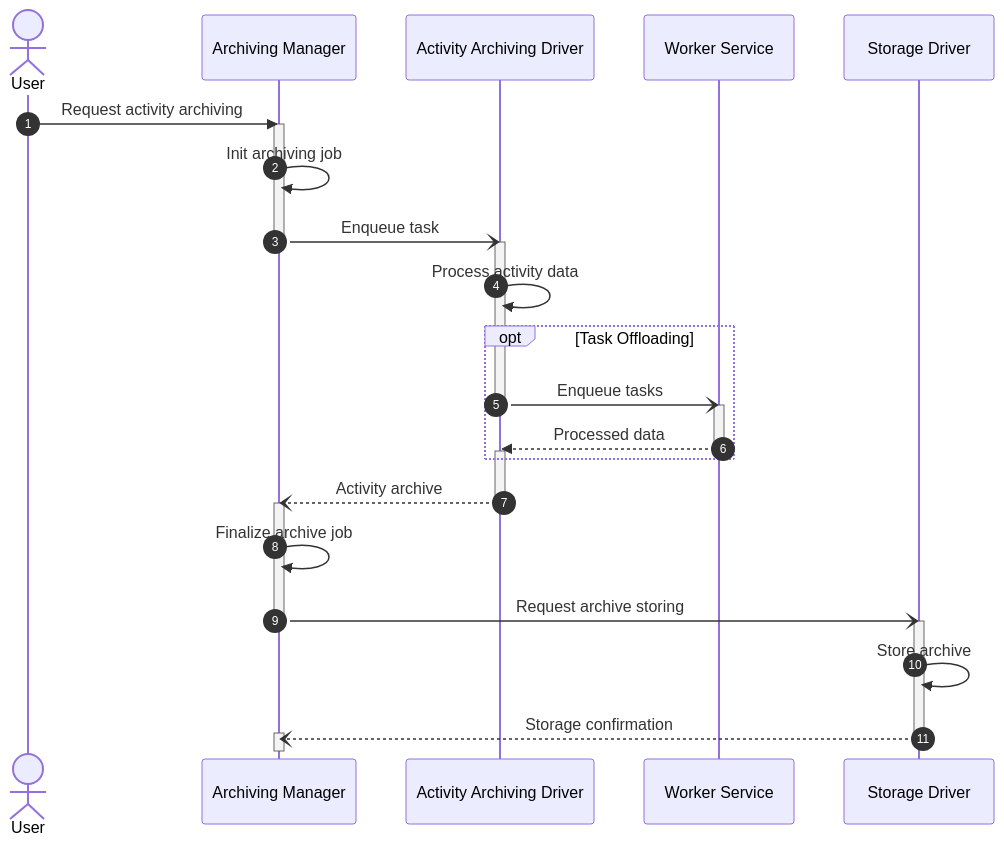
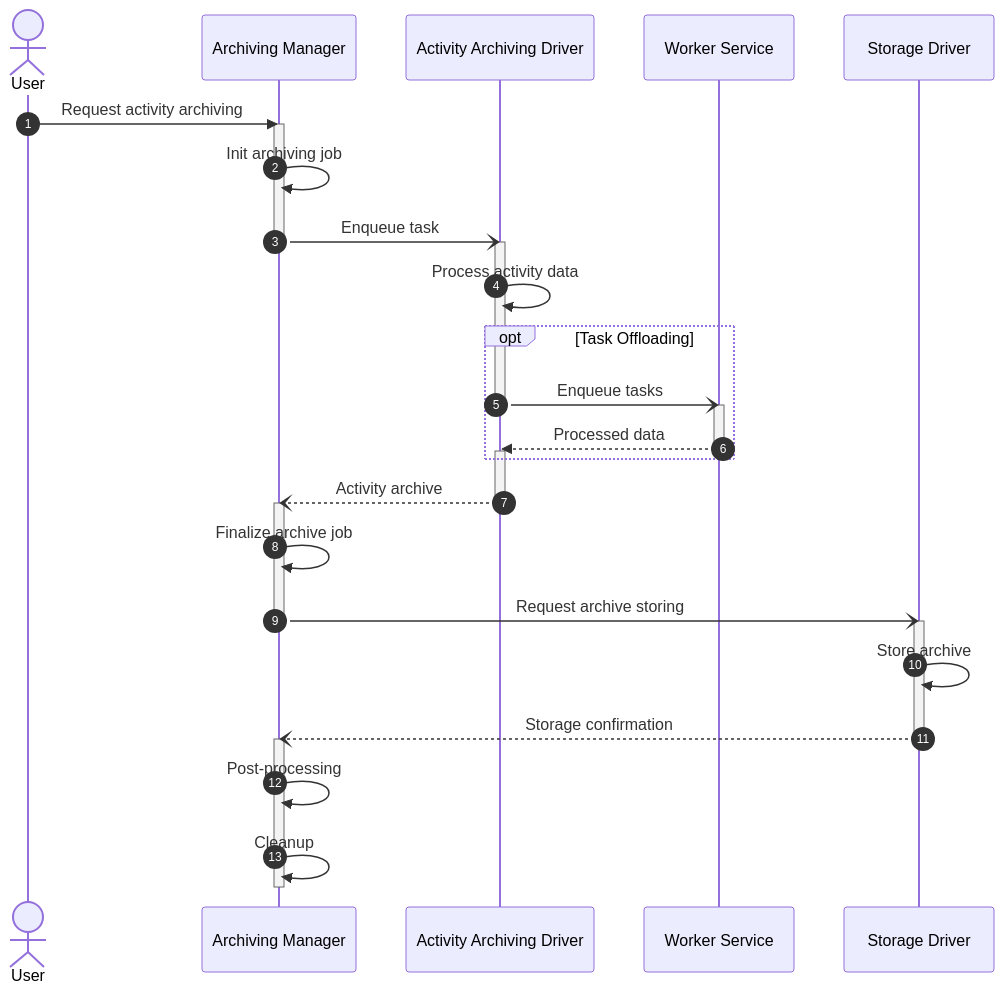
Before and after one commit to ngandrass/moodle-local_archiving: the first of 2 diagrams in docs/dev/components/archiving-manager.md, drawn with Mermaid. The commit also changed other lines of this file and 1 other file, not shown here.

Commit message:
docs: Update archiving manager component page according to latest code changes

````diff
--- a/docs/dev/components/archiving-manager.md
+++ b/docs/dev/components/archiving-manager.md
@@ -68,40 +72,42 @@
 ```mermaid
 sequenceDiagram
     autonumber
     actor User
     
     %% User input
     User ->> Archiving Manager: Request activity archiving
 
     %% Job start
     activate Archiving Manager
     Archiving Manager ->> Archiving Manager: Init archiving job
     Archiving Manager -) Activity Archiving Driver: Enqueue task
     deactivate Archiving Manager
     
     %% Job processing
     activate Activity Archiving Driver
     Activity Archiving Driver ->> Activity Archiving Driver: Process activity data
     opt Task Offloading
         Activity Archiving Driver -) Worker Service: Enqueue tasks
         deactivate Activity Archiving Driver
         activate Worker Service
         Worker Service -->> Activity Archiving Driver: Processed data
         deactivate Worker Service
         activate Activity Archiving Driver
     end
     Activity Archiving Driver --) Archiving Manager: Activity archive
     deactivate Activity Archiving Driver
     
     %% Job postprocessing
     activate Archiving Manager
     Archiving Manager ->> Archiving Manager: Finalize archive job
     Archiving Manager -) Storage Driver: Request archive storing
     deactivate Archiving Manager
     activate Storage Driver
     Storage Driver ->> Storage Driver: Store archive
     Storage Driver --) Archiving Manager: Storage confirmation
     deactivate Storage Driver
     activate Archiving Manager
+    Archiving Manager ->> Archiving Manager: Post-processing
+    Archiving Manager ->> Archiving Manager: Cleanup
     deactivate Archiving Manager
 ```
````
